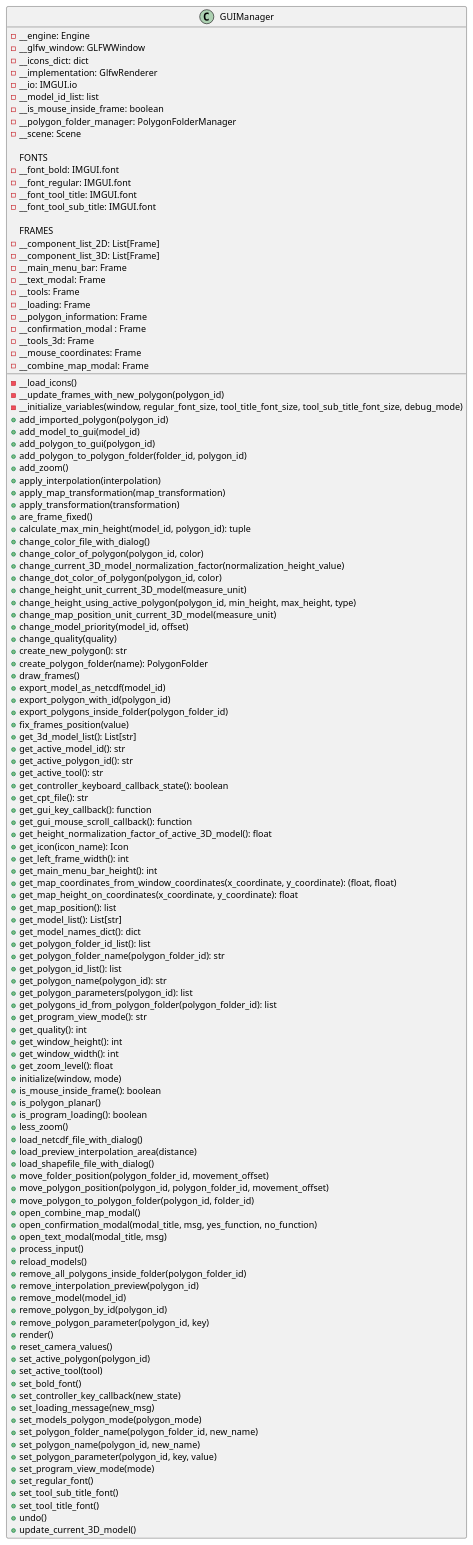
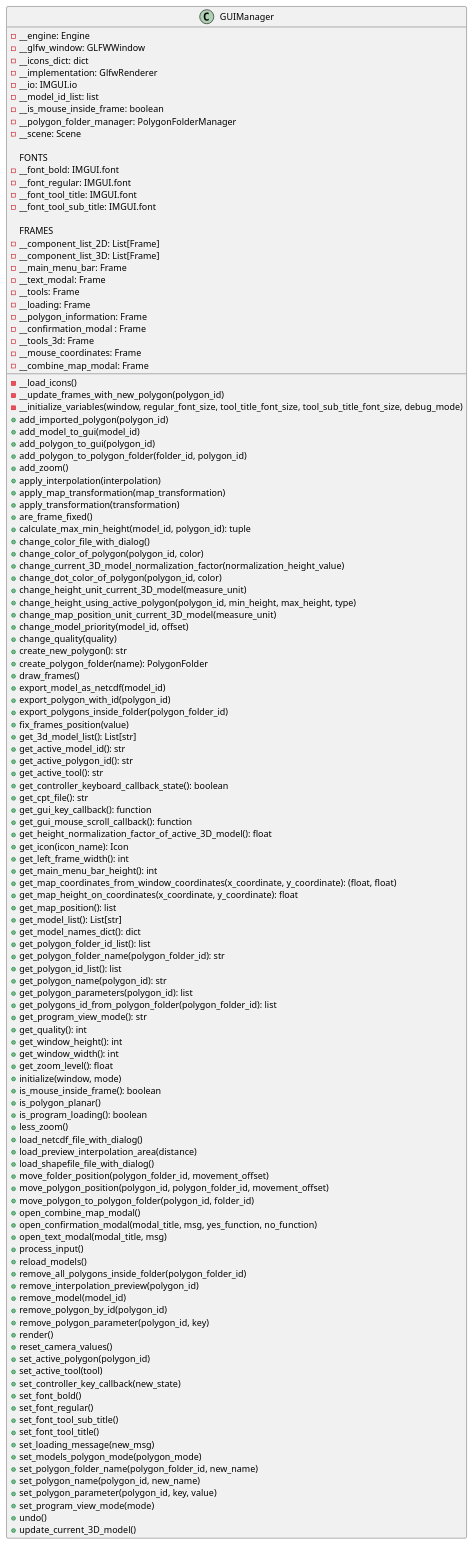
Before and after one commit to ferpoble2/Relief_Creator: the diagram in docs/classes/GUIManager.puml, drawn with PlantUML. The commit also changed 8 other files, not shown here.

```diff
--- a/docs/classes/GUIManager.puml
+++ b/docs/classes/GUIManager.puml
@@ -1,129 +1,129 @@
 @startuml
 'https://plantuml.com/class-diagram
 class GUIManager{
     - __engine: Engine
     - __glfw_window: GLFWWindow
     - __icons_dict: dict
     - __implementation: GlfwRenderer
     - __io: IMGUI.io
     - __model_id_list: list
     - __is_mouse_inside_frame: boolean
     - __polygon_folder_manager: PolygonFolderManager
     - __scene: Scene
 
     FONTS
     - __font_bold: IMGUI.font
     - __font_regular: IMGUI.font
     - __font_tool_title: IMGUI.font
     - __font_tool_sub_title: IMGUI.font
 
     FRAMES
     - __component_list_2D: List[Frame]
     - __component_list_3D: List[Frame]
     - __main_menu_bar: Frame
     - __text_modal: Frame
     - __tools: Frame
     - __loading: Frame
     - __polygon_information: Frame
     - __confirmation_modal : Frame
     - __tools_3d: Frame
     - __mouse_coordinates: Frame
     - __combine_map_modal: Frame
 
     - __load_icons()
     - __update_frames_with_new_polygon(polygon_id)
     - __initialize_variables(window, regular_font_size, tool_title_font_size, tool_sub_title_font_size, debug_mode)
     + add_imported_polygon(polygon_id)
     + add_model_to_gui(model_id)
     + add_polygon_to_gui(polygon_id)
     + add_polygon_to_polygon_folder(folder_id, polygon_id)
     + add_zoom()
     + apply_interpolation(interpolation)
     + apply_map_transformation(map_transformation)
     + apply_transformation(transformation)
     + are_frame_fixed()
     + calculate_max_min_height(model_id, polygon_id): tuple
     + change_color_file_with_dialog()
     + change_color_of_polygon(polygon_id, color)
     + change_current_3D_model_normalization_factor(normalization_height_value)
     + change_dot_color_of_polygon(polygon_id, color)
     + change_height_unit_current_3D_model(measure_unit)
     + change_height_using_active_polygon(polygon_id, min_height, max_height, type)
     + change_map_position_unit_current_3D_model(measure_unit)
     + change_model_priority(model_id, offset)
     + change_quality(quality)
     + create_new_polygon(): str
     + create_polygon_folder(name): PolygonFolder
     + draw_frames()
     + export_model_as_netcdf(model_id)
     + export_polygon_with_id(polygon_id)
     + export_polygons_inside_folder(polygon_folder_id)
     + fix_frames_position(value)
     + get_3d_model_list(): List[str]
     + get_active_model_id(): str
     + get_active_polygon_id(): str
     + get_active_tool(): str
     + get_controller_keyboard_callback_state(): boolean
     + get_cpt_file(): str
     + get_gui_key_callback(): function
     + get_gui_mouse_scroll_callback(): function
     + get_height_normalization_factor_of_active_3D_model(): float
     + get_icon(icon_name): Icon
     + get_left_frame_width(): int
     + get_main_menu_bar_height(): int
     + get_map_coordinates_from_window_coordinates(x_coordinate, y_coordinate): (float, float)
     + get_map_height_on_coordinates(x_coordinate, y_coordinate): float
     + get_map_position(): list
     + get_model_list(): List[str]
     + get_model_names_dict(): dict
     + get_polygon_folder_id_list(): list
     + get_polygon_folder_name(polygon_folder_id): str
     + get_polygon_id_list(): list
     + get_polygon_name(polygon_id): str
     + get_polygon_parameters(polygon_id): list
     + get_polygons_id_from_polygon_folder(polygon_folder_id): list
     + get_program_view_mode(): str
     + get_quality(): int
     + get_window_height(): int
     + get_window_width(): int
     + get_zoom_level(): float
     + initialize(window, mode)
     + is_mouse_inside_frame(): boolean
     + is_polygon_planar()
     + is_program_loading(): boolean
     + less_zoom()
     + load_netcdf_file_with_dialog()
     + load_preview_interpolation_area(distance)
     + load_shapefile_file_with_dialog()
     + move_folder_position(polygon_folder_id, movement_offset)
     + move_polygon_position(polygon_id, polygon_folder_id, movement_offset)
     + move_polygon_to_polygon_folder(polygon_id, folder_id)
     + open_combine_map_modal()
     + open_confirmation_modal(modal_title, msg, yes_function, no_function)
     + open_text_modal(modal_title, msg)
     + process_input()
     + reload_models()
     + remove_all_polygons_inside_folder(polygon_folder_id)
     + remove_interpolation_preview(polygon_id)
     + remove_model(model_id)
     + remove_polygon_by_id(polygon_id)
     + remove_polygon_parameter(polygon_id, key)
     + render()
     + reset_camera_values()
     + set_active_polygon(polygon_id)
     + set_active_tool(tool)
-    + set_bold_font()
     + set_controller_key_callback(new_state)
+    + set_font_bold()
+    + set_font_regular()
+    + set_font_tool_sub_title()
+    + set_font_tool_title()
     + set_loading_message(new_msg)
     + set_models_polygon_mode(polygon_mode)
     + set_polygon_folder_name(polygon_folder_id, new_name)
     + set_polygon_name(polygon_id, new_name)
     + set_polygon_parameter(polygon_id, key, value)
     + set_program_view_mode(mode)
-    + set_regular_font()
-    + set_tool_sub_title_font()
-    + set_tool_title_font()
     + undo()
     + update_current_3D_model()
 }
 @enduml
```
